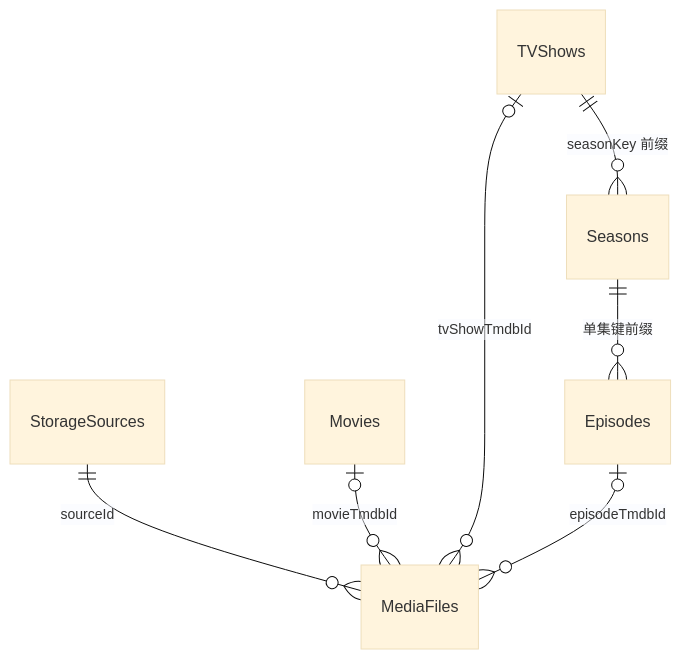
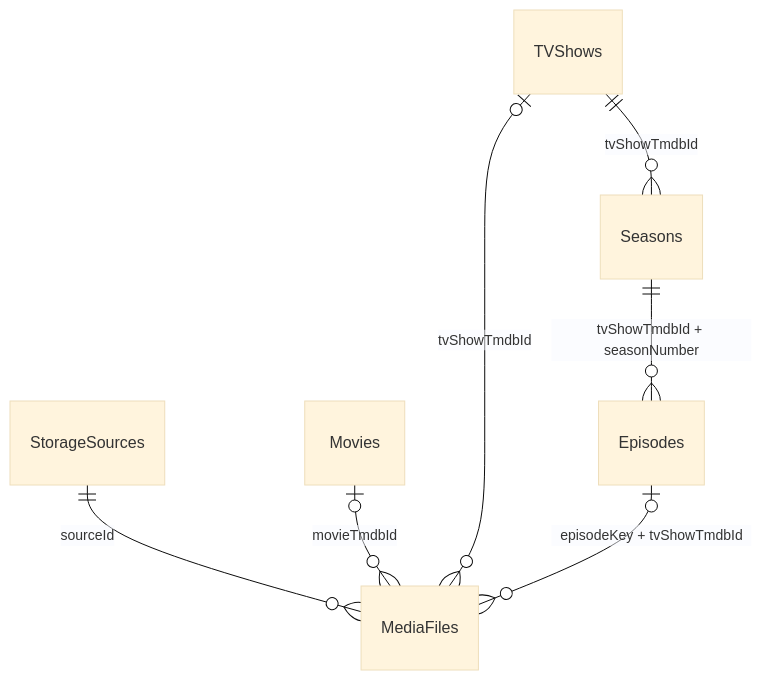
One commit to sen-to/mochi_player changed the first of 2 diagrams in docs/architecture/data-model.md. Above: the diagram before and after it, drawn with Mermaid (base theme). The commit also changed other lines of this file and 45 other files, not shown here.

First line of the commit message:
refactor(media,database): 重构剧集标识与数据库schema

````diff
--- a/docs/architecture/data-model.md
+++ b/docs/architecture/data-model.md
@@ -28,9 +270,9 @@
 ```mermaid
 erDiagram
   StorageSources ||--o{ MediaFiles : "sourceId"
   Movies |o--o{ MediaFiles : "movieTmdbId"
   TVShows |o--o{ MediaFiles : "tvShowTmdbId"
-  TVShows ||--o{ Seasons : "seasonKey 前缀"
-  Seasons ||--o{ Episodes : "单集键前缀"
-  Episodes |o--o{ MediaFiles : "episodeTmdbId"
+  TVShows ||--o{ Seasons : "tvShowTmdbId"
+  Seasons ||--o{ Episodes : "tvShowTmdbId + seasonNumber"
+  Episodes |o--o{ MediaFiles : "episodeKey + tvShowTmdbId"
 ```
````
